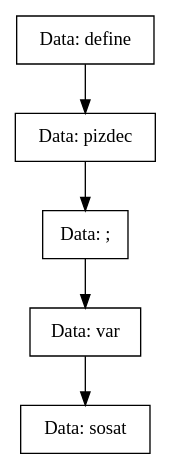
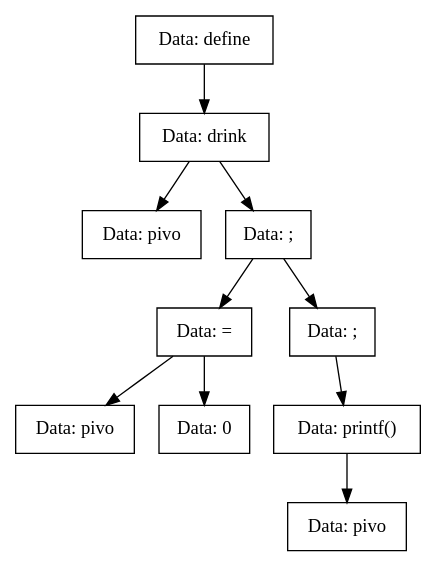
The diagram in TreeDump/Dump-utf8.dot (vorontsov-amd/Compiller), drawn with Graphviz before and after one commit. The commit also changed 21 other files, not shown here.

```diff
--- a/TreeDump/Dump-utf8.dot
+++ b/TreeDump/Dump-utf8.dot
@@ -1,11 +1,21 @@
 digraph Dump{
-Node0x561929f38dd0[shape="record", label="Data: define"];
-Node0x561929f38e20[shape="record", label="Data: pizdec"];
-Node0x561929f38e70[shape="record", label="Data: ;"];
-Node0x561929f38ec0[shape="record", label="Data: var"];
-Node0x561929f38f10[shape="record", label="Data: sosat"];
-Node0x561929f38ec0->Node0x561929f38f10;
-Node0x561929f38e70->Node0x561929f38ec0;
-Node0x561929f38e20->Node0x561929f38e70;
-Node0x561929f38dd0->Node0x561929f38e20;
+Node0x5595102384b0[shape="record", label="Data: define"];
+Node0x559510238500[shape="record", label="Data: drink"];
+Node0x559510238550[shape="record", label="Data: pivo"];
+Node0x559510238500->Node0x559510238550;
+Node0x5595102385a0[shape="record", label="Data: ;"];
+Node0x5595102385f0[shape="record", label="Data: ="];
+Node0x559510238640[shape="record", label="Data: pivo"];
+Node0x5595102385f0->Node0x559510238640;
+Node0x559510238690[shape="record", label="Data: 0"];
+Node0x5595102385f0->Node0x559510238690;
+Node0x5595102385a0->Node0x5595102385f0;
+Node0x5595102386e0[shape="record", label="Data: ;"];
+Node0x559510238730[shape="record", label="Data: printf()"];
+Node0x559510238780[shape="record", label="Data: pivo"];
+Node0x559510238730->Node0x559510238780;
+Node0x5595102386e0->Node0x559510238730;
+Node0x5595102385a0->Node0x5595102386e0;
+Node0x559510238500->Node0x5595102385a0;
+Node0x5595102384b0->Node0x559510238500;
 }
```
